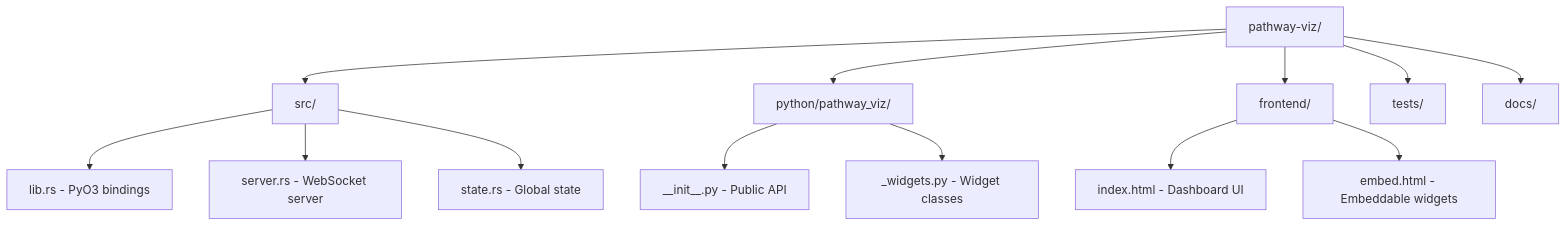
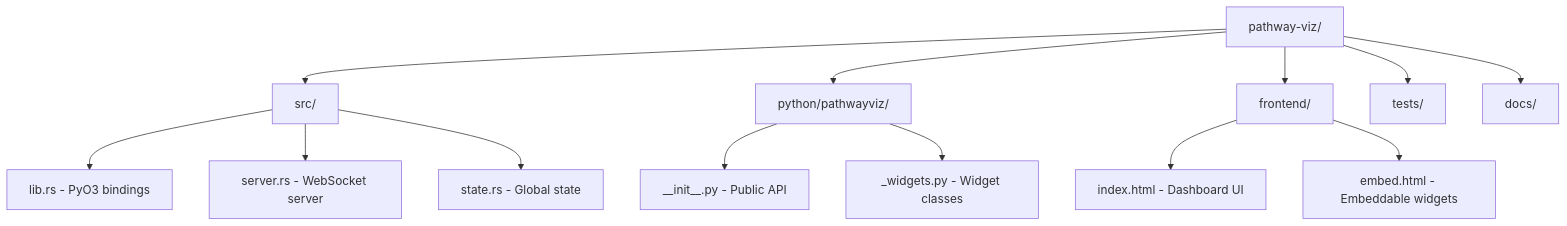
One commit to mvfolino68/pathway-viz changed the diagram in DEVELOPMENT.md. Above: the diagram before and after it, drawn with Mermaid. The commit also changed 8 other files, not shown here.

First line of the commit message:
Fix remaining pathway_viz references

````diff
--- a/DEVELOPMENT.md
+++ b/DEVELOPMENT.md
@@ -25,15 +25,15 @@
 ```mermaid
 graph TD
     A[pathway-viz/] --> B[src/]
-    A --> C[python/pathway_viz/]
+    A --> C[python/pathwayviz/]
     A --> D[frontend/]
     A --> E[tests/]
     A --> F[docs/]
     B --> B1[lib.rs - PyO3 bindings]
     B --> B2[server.rs - WebSocket server]
     B --> B3[state.rs - Global state]
     C --> C1[__init__.py - Public API]
     C --> C2[_widgets.py - Widget classes]
     D --> D1[index.html - Dashboard UI]
     D --> D2[embed.html - Embeddable widgets]
 ```
````
